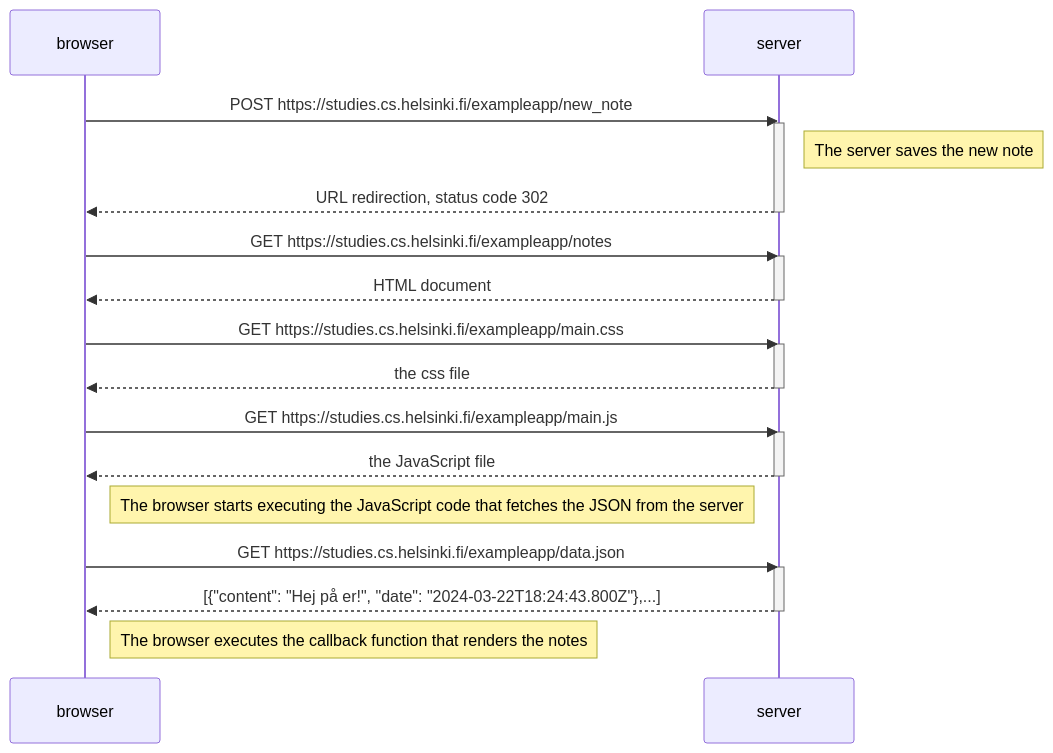
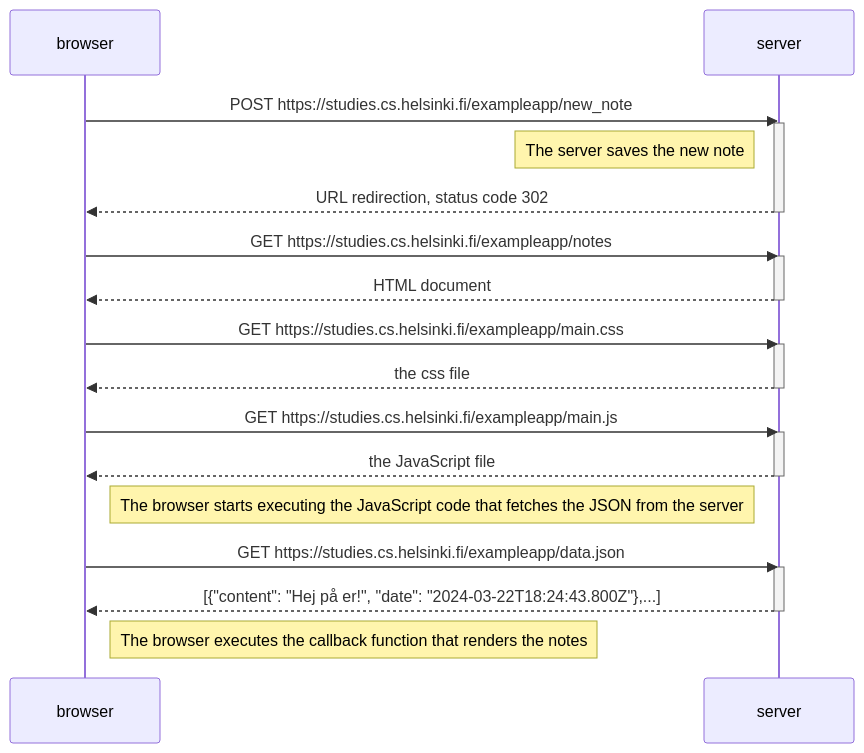
The diagram in osa0/0.4 uusi muistiinpano.md (randoomeri/fullstack), drawn with Mermaid before and after one commit.

Commit message:
Update 0.4 uusi muistiinpano.md

````diff
--- a/osa0/0.4 uusi muistiinpano.md
+++ b/osa0/0.4 uusi muistiinpano.md
@@ -1,37 +1,37 @@
 ```mermaid
 sequenceDiagram
     participant browser
     participant server
     
     browser->>server: POST https://studies.cs.helsinki.fi/exampleapp/new_note
     activate server
 
-    Note right of server: The server saves the new note
+    Note left of server: The server saves the new note
 
     server-->>browser: URL redirection, status code 302
     deactivate server
     
     browser->>server: GET https://studies.cs.helsinki.fi/exampleapp/notes
     activate server
     server-->>browser: HTML document
     deactivate server
     
     browser->>server: GET https://studies.cs.helsinki.fi/exampleapp/main.css
     activate server
     server-->>browser: the css file
     deactivate server
     
     browser->>server: GET https://studies.cs.helsinki.fi/exampleapp/main.js
     activate server
     server-->>browser: the JavaScript file
     deactivate server
 
     Note right of browser: The browser starts executing the JavaScript code that fetches the JSON from the server
 
     browser->>server: GET https://studies.cs.helsinki.fi/exampleapp/data.json
     activate server
     server-->>browser: [{"content": "Hej på er!", "date": "2024-03-22T18:24:43.800Z"},...]
     deactivate server    
 
     Note right of browser: The browser executes the callback function that renders the notes
 ```
````
